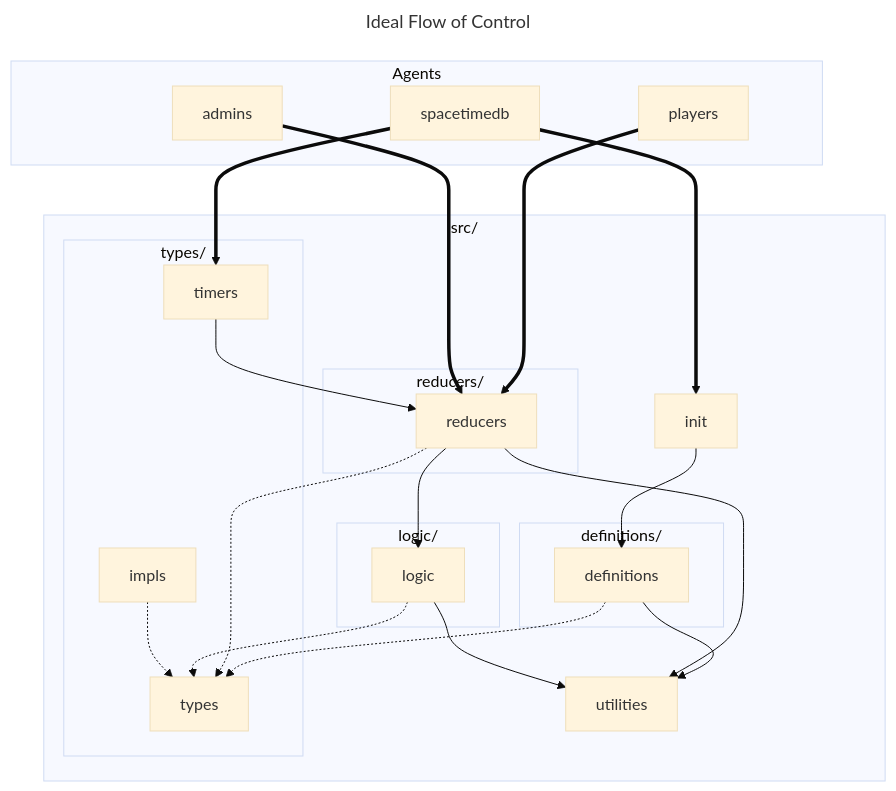
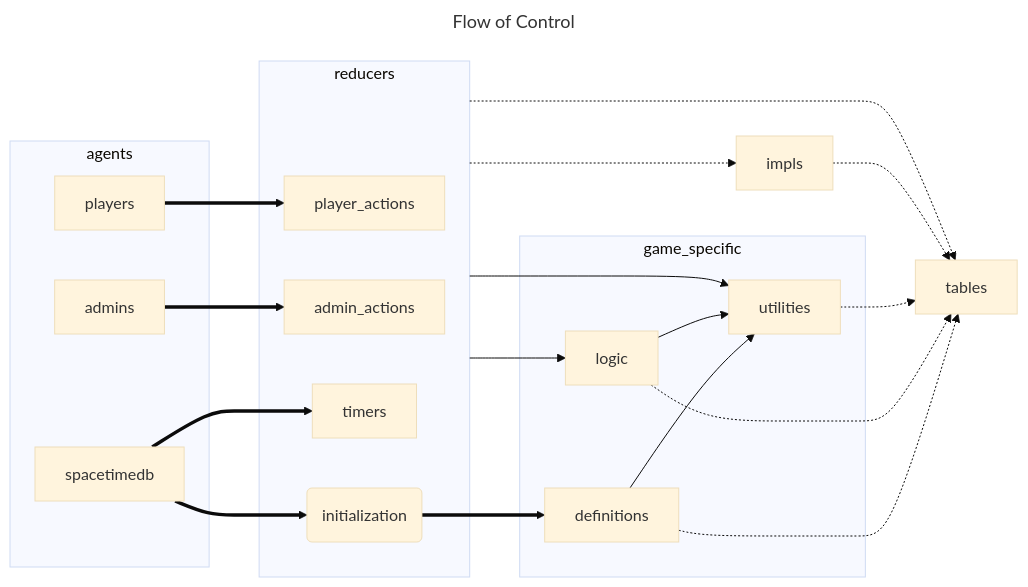
The diagram in server/src/README.md (GalaxyCr8r/solarance-beginnings), drawn with Mermaid (base theme) before and after one commit. The commit also changed other lines of this file, not shown here.

Commit message:
Updated mermaid diagram

````diff
--- a/server/src/README.md
+++ b/server/src/README.md
@@ -5,61 +11,52 @@
 ```mermaid
 ---
-title: Ideal Flow of Control
+title: Flow of Control
 ---
-flowchart TD
+flowchart LR
 %% Relationships
 %% >Sources
-    players==>reducers
-    admins==>reducers
+    players==>player_actions
+    admins==>admin_actions
     spacetimedb==>timers
     spacetimedb==>init
 
 %% >Internal
-    init-->definitions
+    init(initialization)
+    init==>definitions
 
-    definitions-.->types
+    definitions-.->tables
     definitions-->utilities
-
-    timers-->reducers
 
     reducers-->logic
     reducers-->utilities
-    reducers-.->types
+    reducers-.->tables
+    reducers-.->impls
 
     logic-->utilities
-    logic-.->types
+    logic-.->tables
 
-    impls-.-> types
+    utilities-.->tables
+
+    impls-.->tables
 
 %% Topology
-    subgraph "Agents"
+    subgraph agents
         players
         admins
         spacetimedb
     end
 
-    subgraph "src/"
+    subgraph reducers
+        player_actions
+        admin_actions
+        timers
+        init
+    end
+
+    subgraph game_specific
+        definitions
+        logic
         utilities
-        definitions
-        init
-
-        subgraph "definitions/"
-            definitions
-        end
-
-        subgraph "types/"
-            types
-            timers
-            impls
-        end
-
-        subgraph "reducers/"
-            reducers
-        end
-
-        subgraph "logic/"
-            logic
-        end
     end
 
 ```
````
